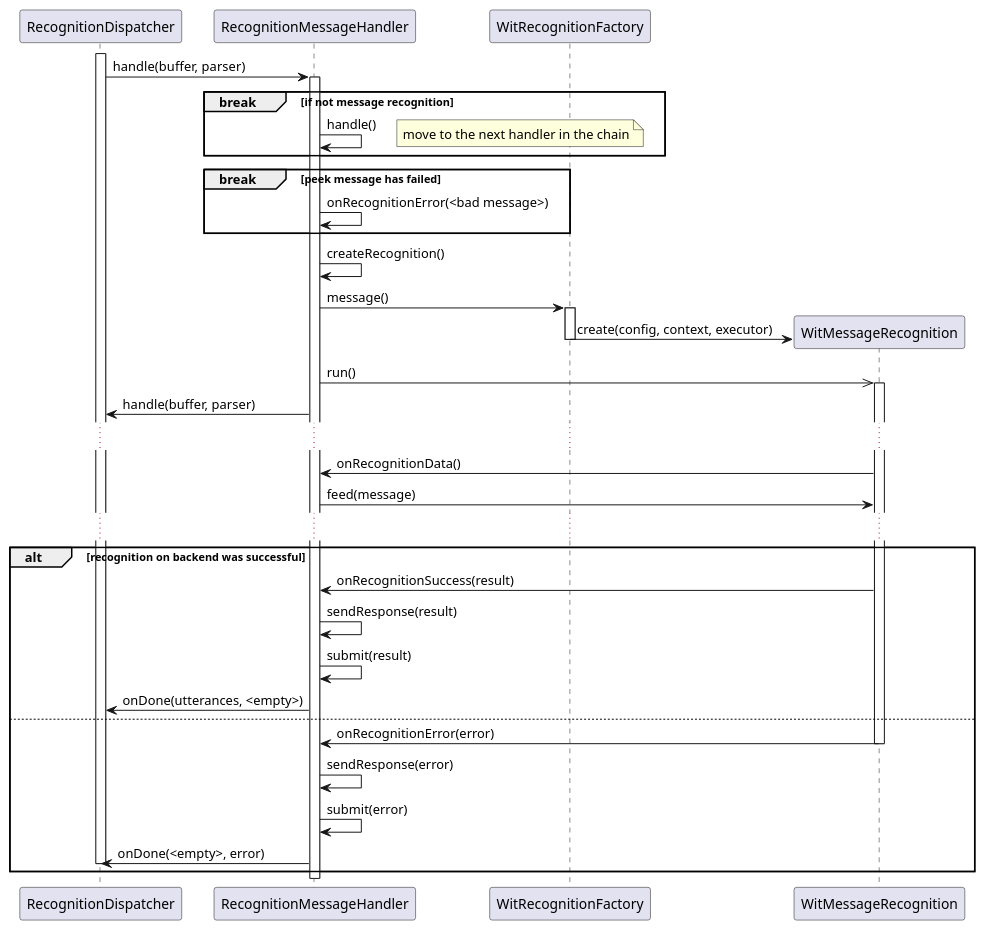
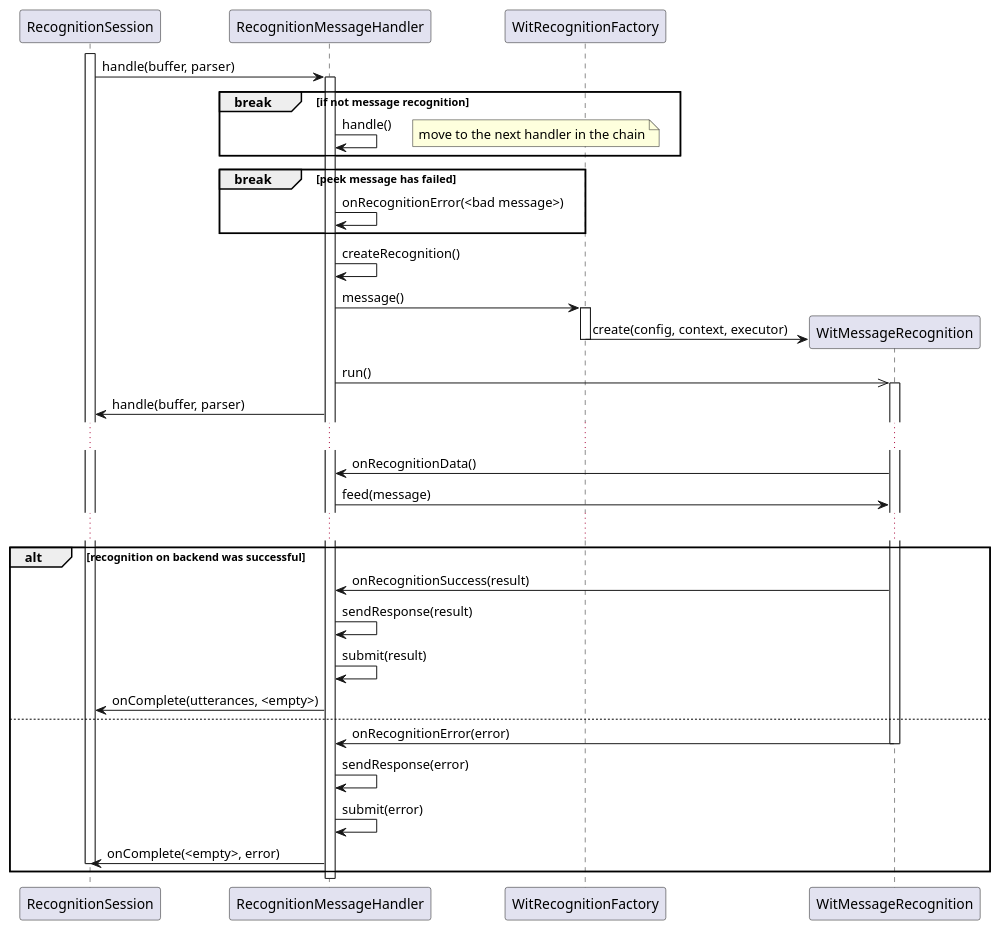
Before and after one commit to denoming/rintento: the sixth of 9 diagrams in src/intent/doc/intent.md, drawn with PlantUML. The commit also changed other lines of this file and 27 other files, not shown here.

````diff
--- a/src/intent/doc/intent.md
+++ b/src/intent/doc/intent.md
@@ -234,49 +234,49 @@
 ```plantuml
 @startuml
 
-participant RecognitionDispatcher
+participant RecognitionSession
 participant RecognitionMessageHandler
 participant WitRecognitionFactory
 participant WitMessageRecognition
 
-activate RecognitionDispatcher
-RecognitionDispatcher -> RecognitionMessageHandler : handle(buffer, parser)
+activate RecognitionSession
+RecognitionSession -> RecognitionMessageHandler : handle(buffer, parser)
 activate RecognitionMessageHandler
 break if not message recognition
     RecognitionMessageHandler -> RecognitionMessageHandler : handle()
     note right: move to the next handler in the chain
 end
 break peek message has failed
     RecognitionMessageHandler -> RecognitionMessageHandler : onRecognitionError(<bad message>)
 end
 RecognitionMessageHandler -> RecognitionMessageHandler : createRecognition()
 RecognitionMessageHandler -> WitRecognitionFactory : message()
 activate WitRecognitionFactory
 create WitMessageRecognition
 WitRecognitionFactory -> WitMessageRecognition : create(config, context, executor)
 deactivate WitRecognitionFactory
 RecognitionMessageHandler ->> WitMessageRecognition : run()
 
 activate WitMessageRecognition
-RecognitionDispatcher <- RecognitionMessageHandler : handle(buffer, parser)
+RecognitionSession <- RecognitionMessageHandler : handle(buffer, parser)
 ...
 WitMessageRecognition -> RecognitionMessageHandler : onRecognitionData()
 RecognitionMessageHandler -> WitMessageRecognition : feed(message)
 ...
 alt recognition on backend was successful
     WitMessageRecognition -> RecognitionMessageHandler : onRecognitionSuccess(result)
     RecognitionMessageHandler -> RecognitionMessageHandler : sendResponse(result)
     RecognitionMessageHandler -> RecognitionMessageHandler : submit(result)
-    RecognitionDispatcher <- RecognitionMessageHandler : onDone(utterances, <empty>)
+    RecognitionSession <- RecognitionMessageHandler : onComplete(utterances, <empty>)
 else
     WitMessageRecognition -> RecognitionMessageHandler : onRecognitionError(error)
     deactivate WitMessageRecognition
     RecognitionMessageHandler -> RecognitionMessageHandler : sendResponse(error)
     RecognitionMessageHandler -> RecognitionMessageHandler : submit(error)
-    RecognitionDispatcher <- RecognitionMessageHandler : onDone(<empty>, error)
-    deactivate RecognitionDispatcher
+    RecognitionSession <- RecognitionMessageHandler : onComplete(<empty>, error)
+    deactivate RecognitionSession
 end
 deactivate RecognitionMessageHandler
 
 @enduml
 ```
````
